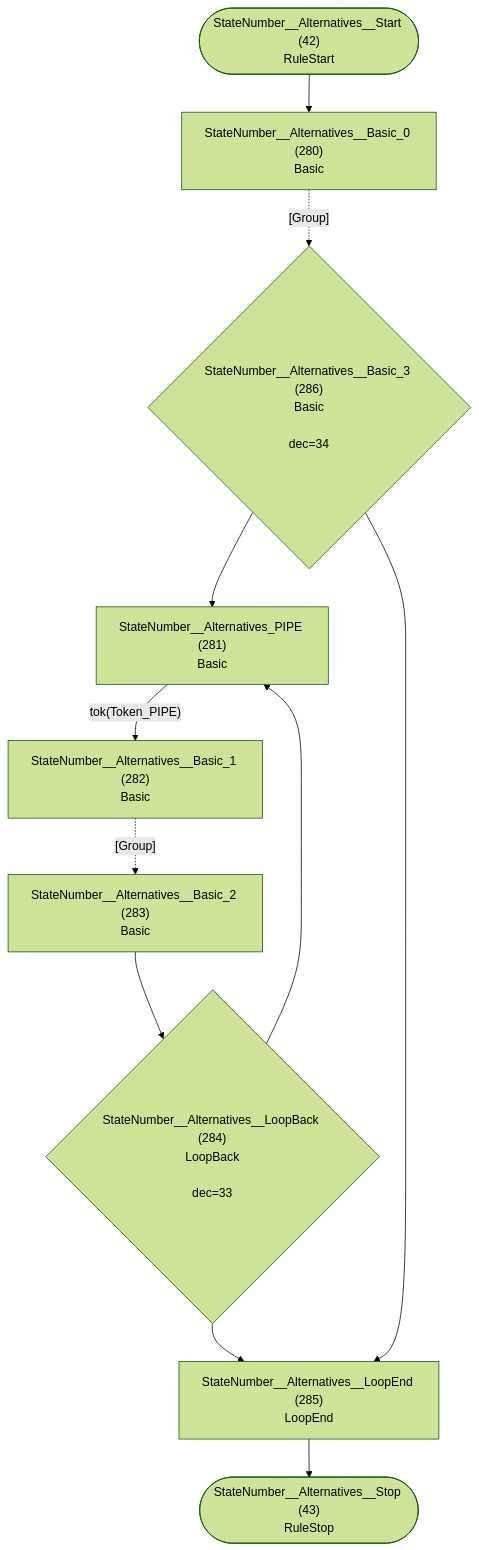
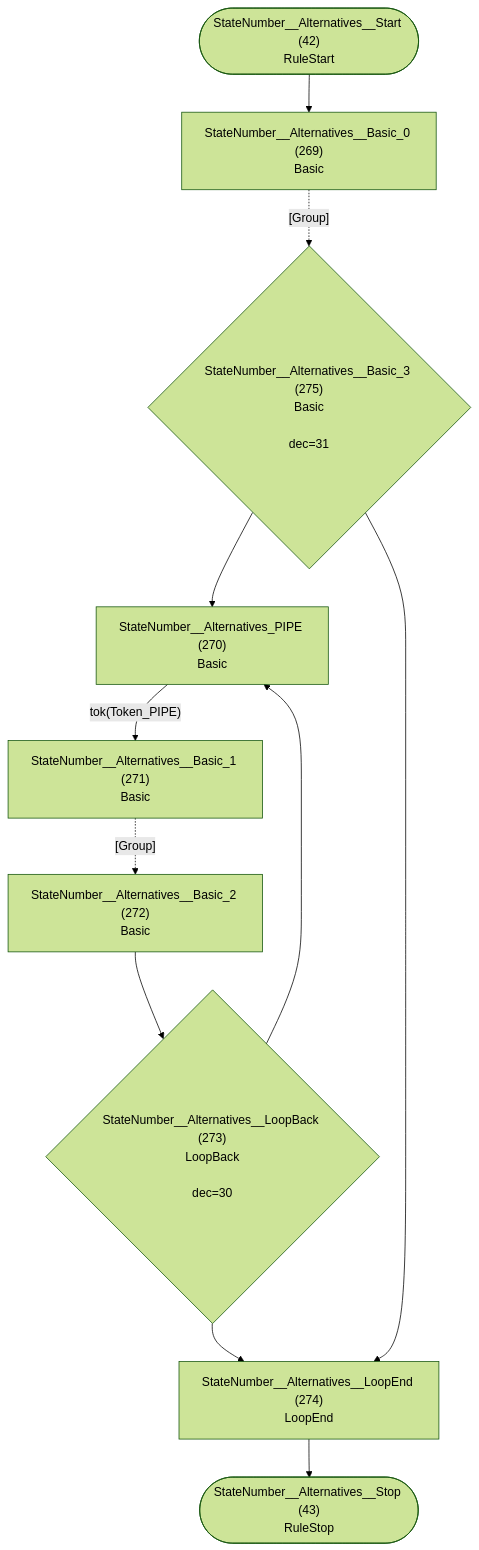
Before and after one commit to TypeFox/fastbelt: diagram 22 of 36 in internal/grammar/atn.md, drawn with Mermaid (forest theme). The commit also changed other lines of this file and 9 other files, not shown here.

````diff
--- a/internal/grammar/atn.md
+++ b/internal/grammar/atn.md
@@ -675,23 +650,23 @@
 ```mermaid
 flowchart TD
     q42(["StateNumber__Alternatives__Start (42)<br/>RuleStart"])
     q43(["StateNumber__Alternatives__Stop (43)<br/>RuleStop"])
-    q280["StateNumber__Alternatives__Basic_0 (280)<br/>Basic<br/>"]
-    q281["StateNumber__Alternatives_PIPE (281)<br/>Basic<br/>"]
-    q282["StateNumber__Alternatives__Basic_1 (282)<br/>Basic<br/>"]
-    q283["StateNumber__Alternatives__Basic_2 (283)<br/>Basic<br/>"]
-    q284{"StateNumber__Alternatives__LoopBack (284)<br/>LoopBack<br/><br/>dec=33"}
-    q285["StateNumber__Alternatives__LoopEnd (285)<br/>LoopEnd<br/>"]
-    q286{"StateNumber__Alternatives__Basic_3 (286)<br/>Basic<br/><br/>dec=34"}
+    q269["StateNumber__Alternatives__Basic_0 (269)<br/>Basic<br/>"]
+    q270["StateNumber__Alternatives_PIPE (270)<br/>Basic<br/>"]
+    q271["StateNumber__Alternatives__Basic_1 (271)<br/>Basic<br/>"]
+    q272["StateNumber__Alternatives__Basic_2 (272)<br/>Basic<br/>"]
+    q273{"StateNumber__Alternatives__LoopBack (273)<br/>LoopBack<br/><br/>dec=30"}
+    q274["StateNumber__Alternatives__LoopEnd (274)<br/>LoopEnd<br/>"]
+    q275{"StateNumber__Alternatives__Basic_3 (275)<br/>Basic<br/><br/>dec=31"}
 
-    q42 --> q280
-    q280 -.->|"[Group]"| q286
-    q281 -->|"tok(Token_PIPE)"| q282
-    q282 -.->|"[Group]"| q283
-    q283 --> q284
-    q284 --> q281
-    q284 --> q285
-    q285 --> q43
-    q286 --> q281
-    q286 --> q285
+    q42 --> q269
+    q269 -.->|"[Group]"| q275
+    q270 -->|"tok(Token_PIPE)"| q271
+    q271 -.->|"[Group]"| q272
+    q272 --> q273
+    q273 --> q270
+    q273 --> q274
+    q274 --> q43
+    q275 --> q270
+    q275 --> q274
 ```
````
